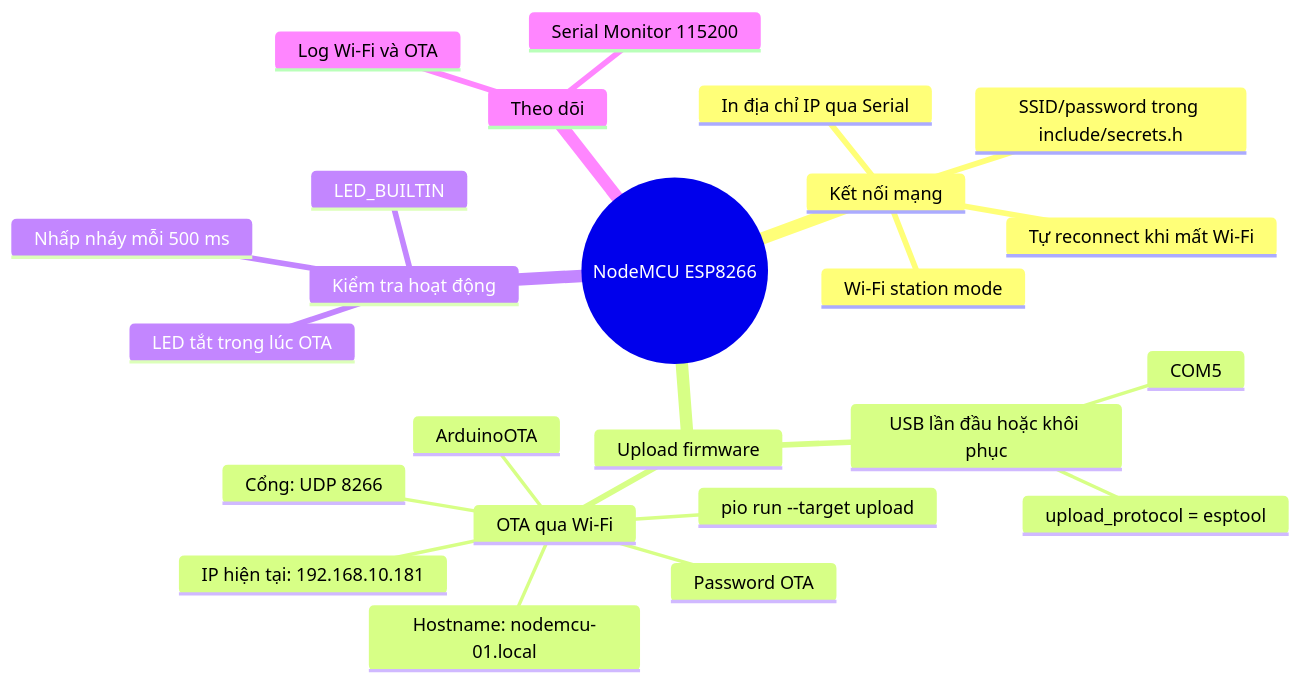
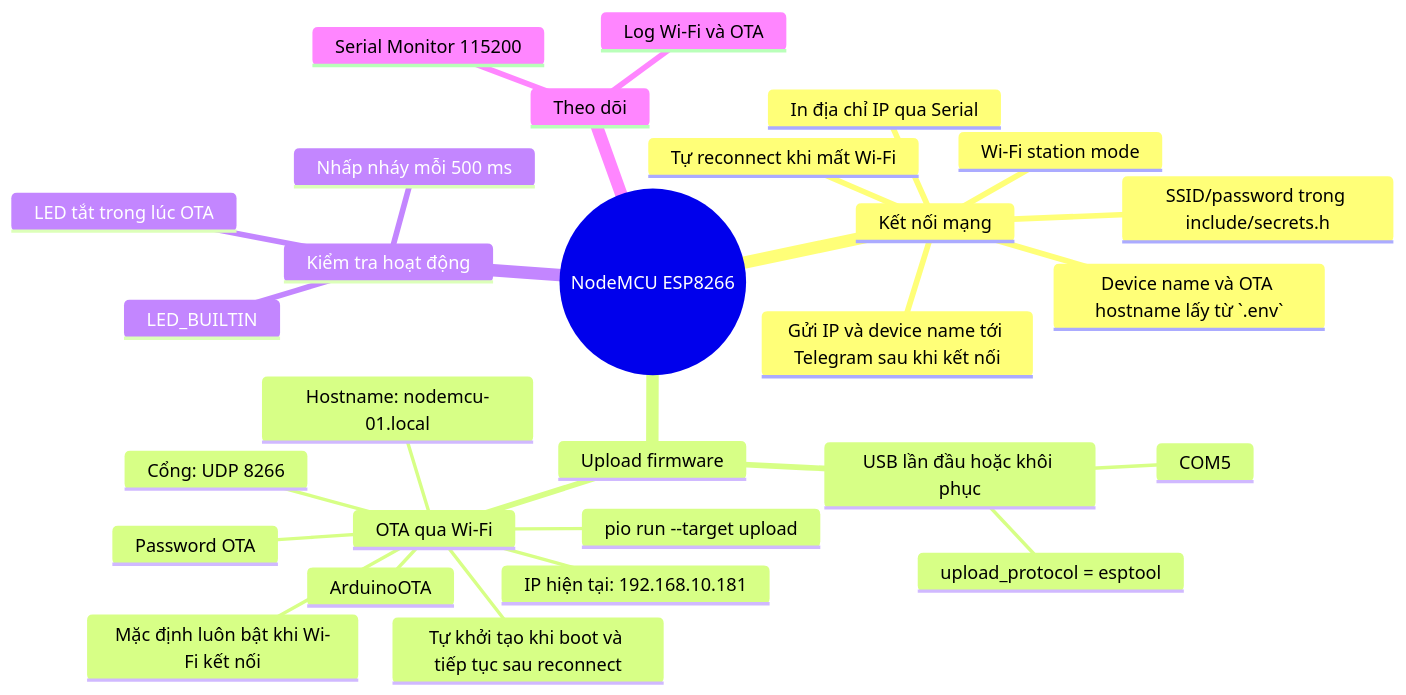
Before and after one commit to banditpoker/HOME_SERVER: the diagram in apps/Esp32/ESP_FEATURE_MAP.md, drawn with Mermaid. The commit also changed other lines of this file and 5 other files, not shown here.

````diff
--- a/apps/Esp32/ESP_FEATURE_MAP.md
+++ b/apps/Esp32/ESP_FEATURE_MAP.md
@@ -9,27 +9,31 @@
 ```mermaid
 mindmap
   root((NodeMCU ESP8266))
     Kết nối mạng
       Wi-Fi station mode
       SSID/password trong include/secrets.h
+      Device name và OTA hostname lấy từ `.env`
       Tự reconnect khi mất Wi-Fi
       In địa chỉ IP qua Serial
+      Gửi IP và device name tới Telegram sau khi kết nối
     Upload firmware
       USB lần đầu hoặc khôi phục
         COM5
         upload_protocol = esptool
       OTA qua Wi-Fi
         ArduinoOTA
+        Mặc định luôn bật khi Wi-Fi kết nối
+        Tự khởi tạo khi boot và tiếp tục sau reconnect
         IP hiện tại: 192.168.10.181
         Hostname: nodemcu-01.local
         Cổng: UDP 8266
         Password OTA
         pio run --target upload
     Kiểm tra hoạt động
       LED_BUILTIN
       Nhấp nháy mỗi 500 ms
       LED tắt trong lúc OTA
     Theo dõi
       Serial Monitor 115200
       Log Wi-Fi và OTA
 ```
````
